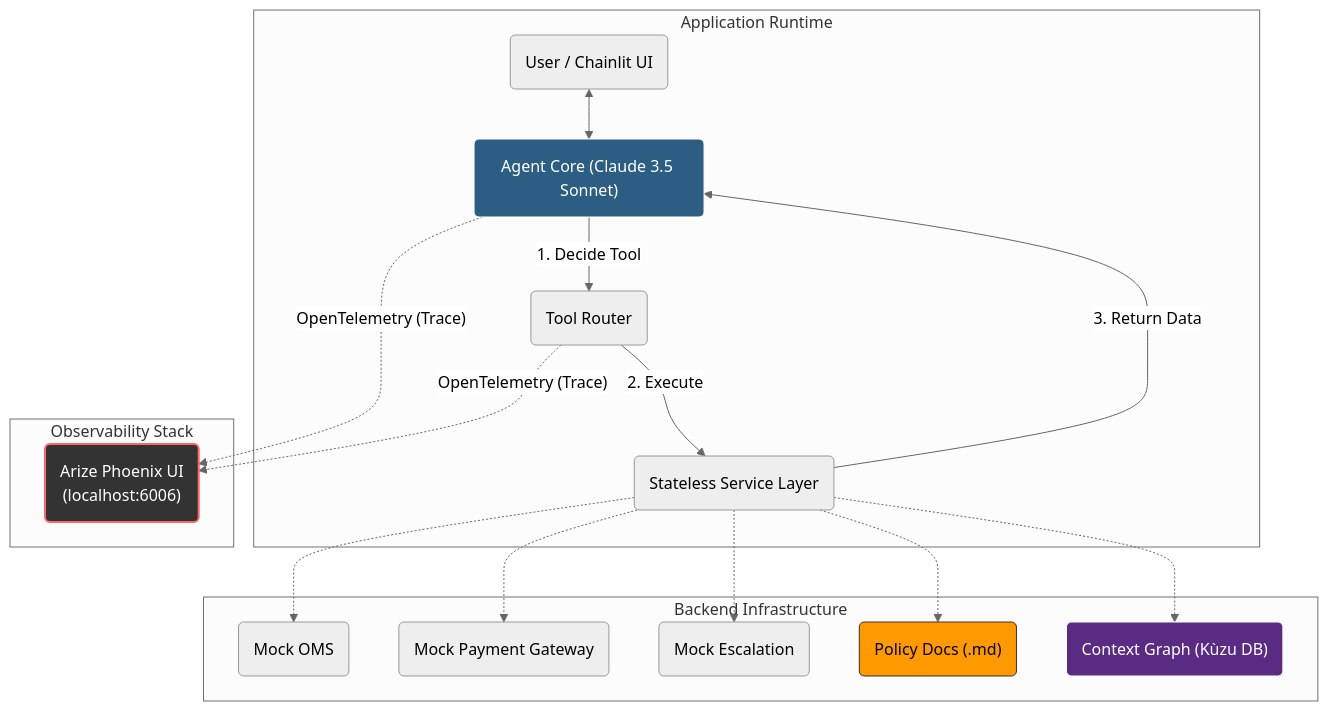
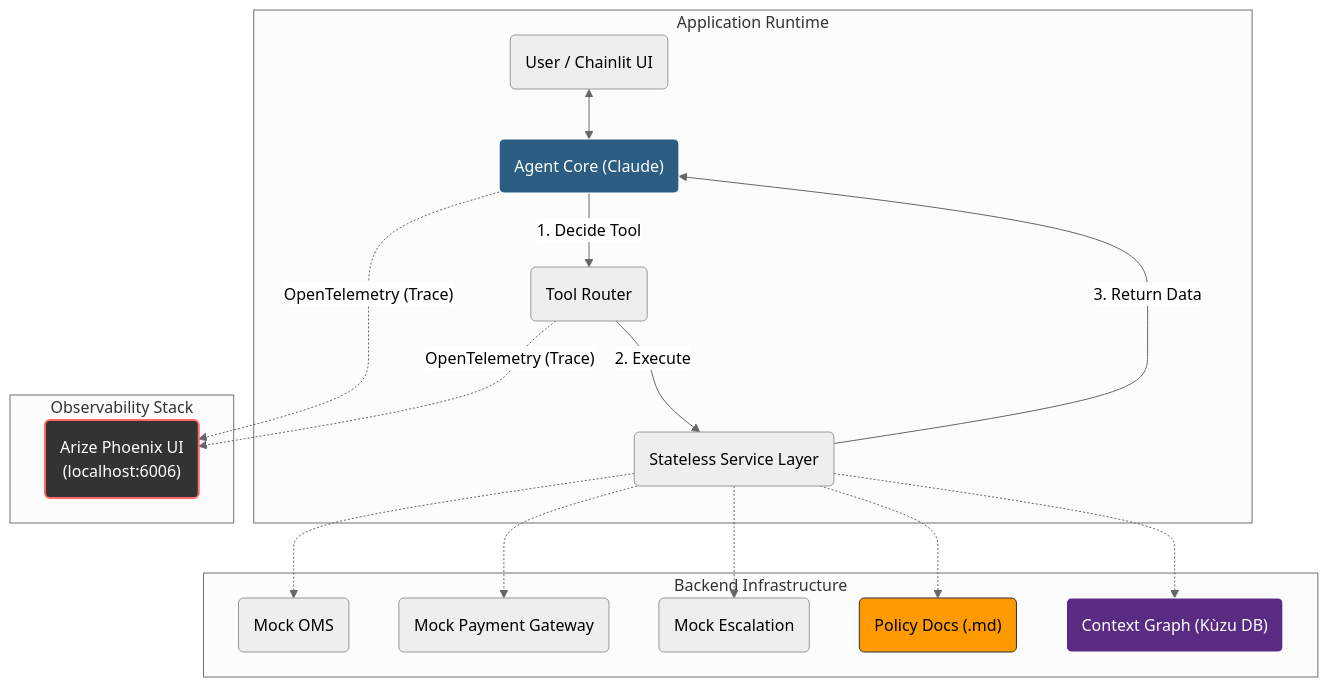
One commit to nitinNayar/enterprise-cx-agent changed the diagram in README.md. Above: the diagram before and after it, drawn with Mermaid (neutral theme). The commit also changed other lines of this file, not shown here.

````diff
--- a/README.md
+++ b/README.md
@@ -25,36 +25,36 @@
 ```mermaid
 graph TD
     %% --- Subgraph: Application Runtime ---
     subgraph App [Application Runtime]
-        User("User / Chainlit UI") <--> Agent("Agent Core (Claude 3.5 Sonnet)")
+        User("User / Chainlit UI") <--> Agent("Agent Core (Claude)")
         Agent -- "1. Decide Tool" --> Router("Tool Router")
         Router -- "2. Execute" --> Services("Stateless Service Layer")
         Services -- "3. Return Data" --> Agent
     end
 
     %% --- Subgraph: Backend Services ---
     subgraph Backends [Backend Infrastructure]
         Services -.-> OMS("Mock OMS")
         Services -.-> Stripe("Mock Payment Gateway")
         Services -.-> Zendesk("Mock Escalation")
         Services -.-> Policies("Policy Docs (.md)")
         Services -.-> Graph("Context Graph (Kùzu DB)")
     end
 
     %% --- Subgraph: Observability ---
     subgraph Observability [Observability Stack]
         Phoenix("Arize Phoenix UI<br/>(localhost:6006)")
     end
 
     %% --- Telemetry Connections ---
     %% We link specific nodes to Phoenix to avoid 'box-in-box' rendering issues
     Agent -.-> |"OpenTelemetry (Trace)"| Phoenix
     Router -.-> |"OpenTelemetry (Trace)"| Phoenix
 
     %% --- Styling ---
     style Phoenix fill:#333,stroke:#f66,stroke-width:2px,color:#fff
     style Agent fill:#2b5e82,stroke:#fff,color:#fff
     style Policies fill:#ff9900,stroke:#333,color:#000
     style Graph fill:#5a2b82,stroke:#fff,color:#fff
 
 ```
````
